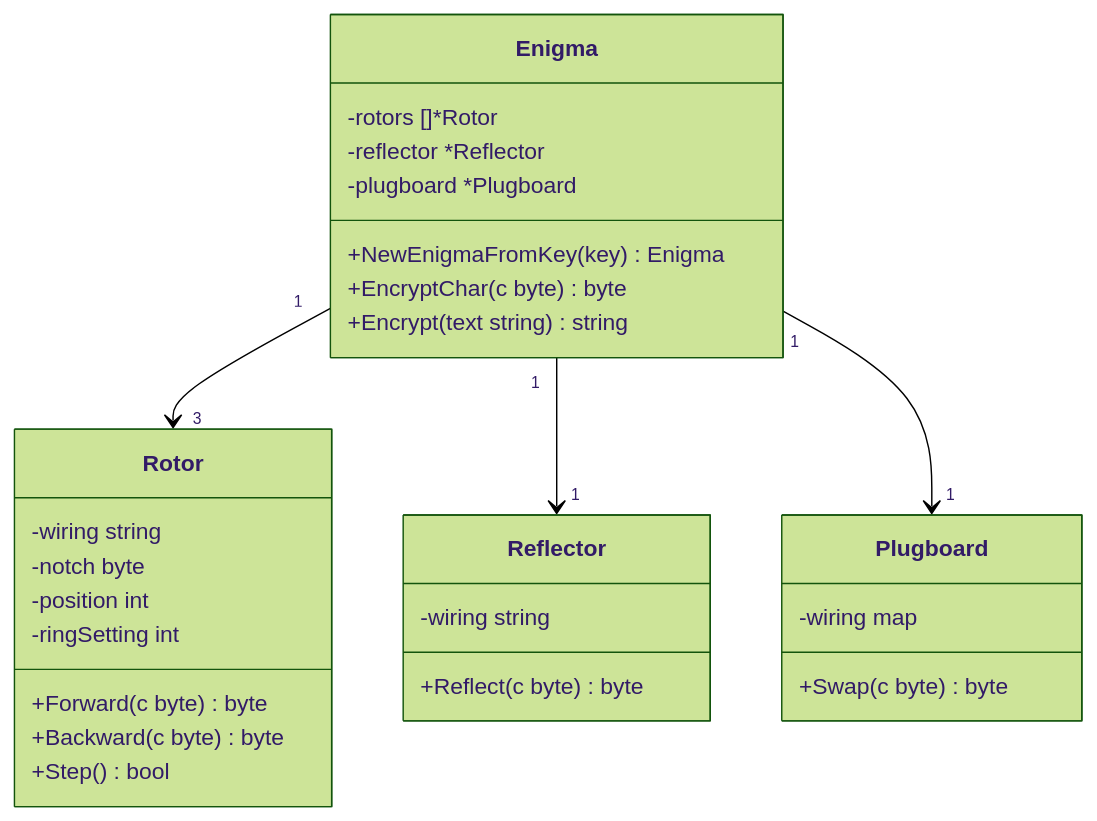
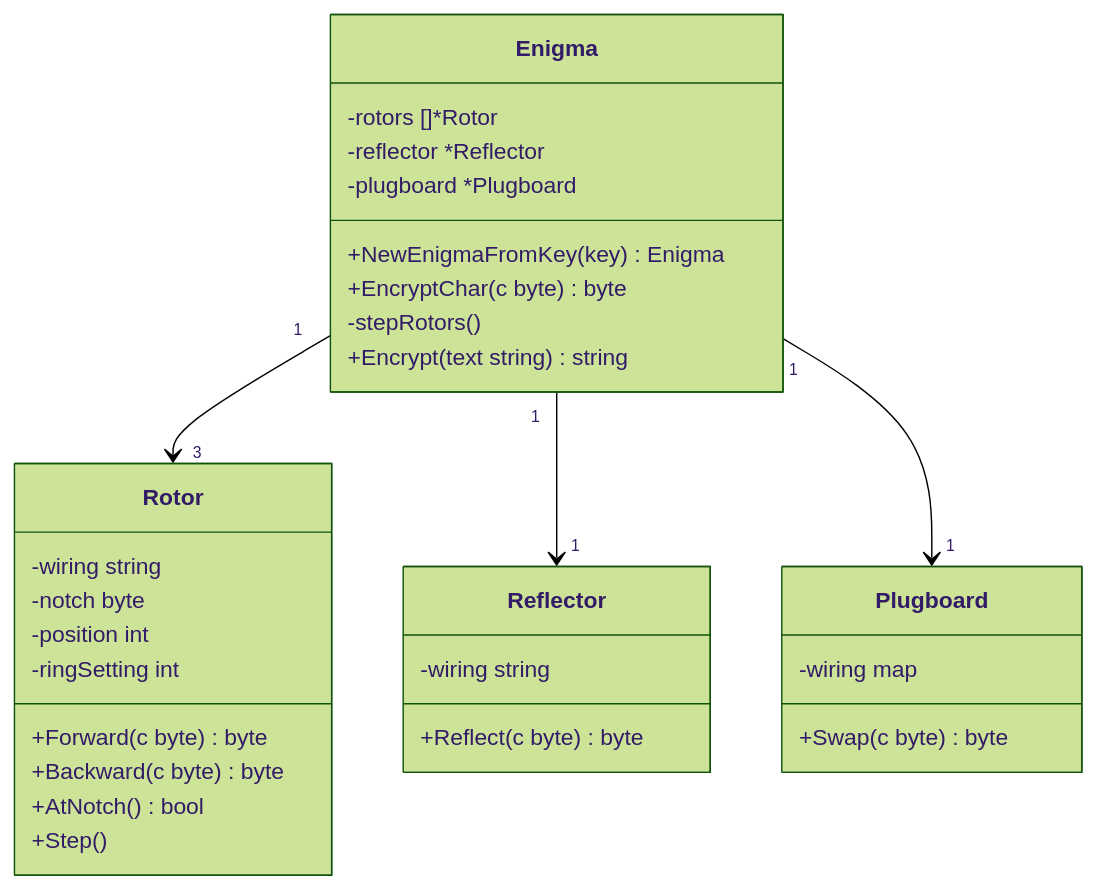
One commit to neko3cs/enigma-emulator changed the first of 2 diagrams in docs/design.md. Above: the diagram before and after it, drawn with Mermaid (forest theme). The commit also changed 3 other files, not shown here.

````diff
--- a/docs/design.md
+++ b/docs/design.md
@@ -5,31 +5,33 @@
 ```mermaid
 classDiagram
     class Enigma {
         -rotors []*Rotor
         -reflector *Reflector
         -plugboard *Plugboard
         +NewEnigmaFromKey(key) Enigma
         +EncryptChar(c byte) byte
+        -stepRotors()
         +Encrypt(text string) string
     }
     class Rotor {
         -wiring string
         -notch byte
         -position int
         -ringSetting int
         +Forward(c byte) byte
         +Backward(c byte) byte
-        +Step() bool
+        +AtNotch() bool
+        +Step()
     }
     class Reflector {
         -wiring string
         +Reflect(c byte) byte
     }
     class Plugboard {
         -wiring map
         +Swap(c byte) byte
     }
     Enigma "1" --> "3" Rotor
     Enigma "1" --> "1" Reflector
     Enigma "1" --> "1" Plugboard
 ```
````
